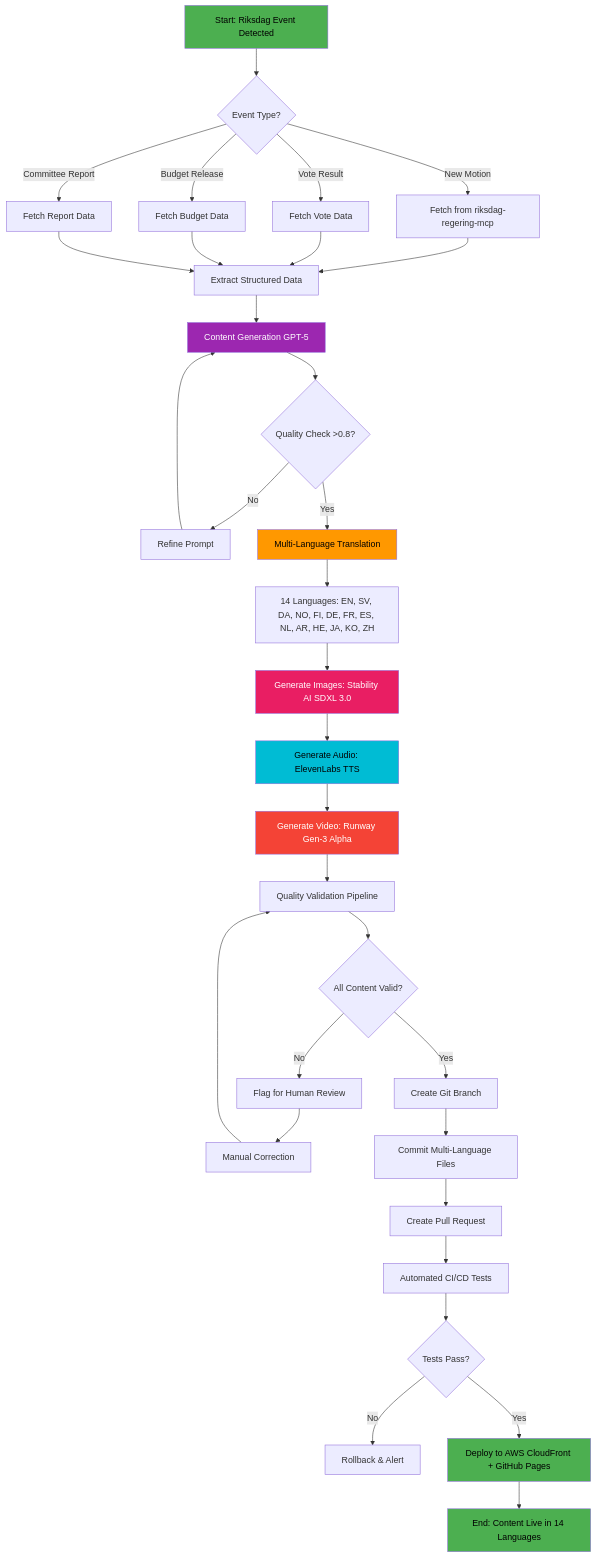
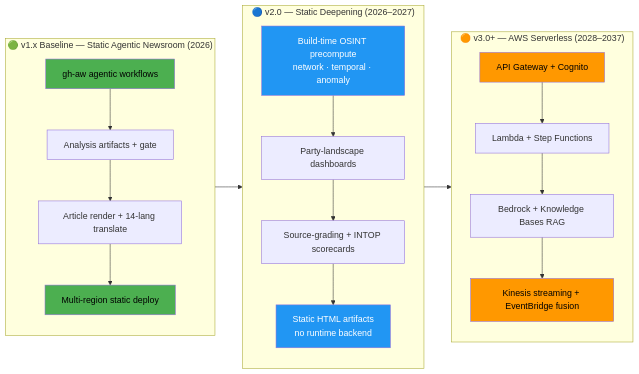
One commit to Hack23/riksdagsmonitor changed the first of 24 diagrams in FUTURE_FLOWCHART.md. Above: the diagram before and after it, drawn with Mermaid. The commit also changed other lines of this file and 5 other files, not shown here.

Commit message:
Rewrite FUTURE_DATA_MODEL.md as three-horizon data architecture (v3.0)

````diff
--- a/FUTURE_FLOWCHART.md
+++ b/FUTURE_FLOWCHART.md
@@ -82,55 +101,32 @@
 ```mermaid
-flowchart TD
-    A[Start: Riksdag Event Detected] --> B{Event Type?}
-    
-    B -->|New Motion| C[Fetch from riksdag-regering-mcp]
-    B -->|Vote Result| D[Fetch Vote Data]
-    B -->|Budget Release| E[Fetch Budget Data]
-    B -->|Committee Report| F[Fetch Report Data]
-    
-    C --> G[Extract Structured Data]
-    D --> G
-    E --> G
-    F --> G
-    
-    G --> H[Content Generation GPT-5]
-    H --> I{Quality Check >0.8?}
-    
-    I -->|No| J[Refine Prompt]
-    J --> H
-    
-    I -->|Yes| K[Multi-Language Translation]
-    K --> L[14 Languages: EN, SV, DA, NO, FI, DE, FR, ES, NL, AR, HE, JA, KO, ZH]
-    
-    L --> M[Generate Images: Stability AI SDXL 3.0]
-    M --> N[Generate Audio: ElevenLabs TTS]
-    N --> O[Generate Video: Runway Gen-3 Alpha]
-    
-    O --> P[Quality Validation Pipeline]
-    P --> Q{All Content Valid?}
-    
-    Q -->|No| R[Flag for Human Review]
-    R --> S[Manual Correction]
-    S --> P
-    
-    Q -->|Yes| T[Create Git Branch]
-    T --> U[Commit Multi-Language Files]
-    U --> V[Create Pull Request]
-    
-    V --> W[Automated CI/CD Tests]
-    W --> X{Tests Pass?}
-    
-    X -->|No| Y[Rollback & Alert]
-    X -->|Yes| Z[Deploy to AWS CloudFront + GitHub Pages]
-    
-    Z --> AA[End: Content Live in 14 Languages]
-    
-    style A fill:#4caf50,color:#000000
-    style H fill:#9c27b0,color:#ffffff
-    style K fill:#ff9800,color:#000000
-    style M fill:#e91e63,color:#ffffff
-    style N fill:#00bcd4,color:#000000
-    style O fill:#f44336,color:#ffffff
-    style Z fill:#4caf50,color:#000000
-    style AA fill:#4caf50,color:#000000
+flowchart LR
+    subgraph H1["🟢 v1.x Baseline — Static Agentic Newsroom (2026)"]
+        direction TB
+        B1[gh-aw agentic workflows] --> B2[Analysis artifacts + gate]
+        B2 --> B3[Article render + 14-lang translate]
+        B3 --> B4[Multi-region static deploy]
+    end
+
+    subgraph H2["🔵 v2.0 — Static Deepening (2026–2027)"]
+        direction TB
+        V1[Build-time OSINT precompute<br/>network · temporal · anomaly] --> V2[Party-landscape dashboards]
+        V2 --> V3[Source-grading + INTOP scorecards]
+        V3 --> V4[Static HTML artifacts<br/>no runtime backend]
+    end
+
+    subgraph H3["🟠 v3.0+ — AWS Serverless (2028–2037)"]
+        direction TB
+        S1[API Gateway + Cognito] --> S2[Lambda + Step Functions]
+        S2 --> S3[Bedrock + Knowledge Bases RAG]
+        S3 --> S4[Kinesis streaming + EventBridge fusion]
+    end
+
+    H1 --> H2 --> H3
+
+    style B1 fill:#4caf50,color:#000000
+    style B4 fill:#4caf50,color:#000000
+    style V1 fill:#2196f3,color:#ffffff
+    style V4 fill:#2196f3,color:#ffffff
+    style S1 fill:#ff9800,color:#000000
+    style S4 fill:#ff9800,color:#000000
 ```
````
